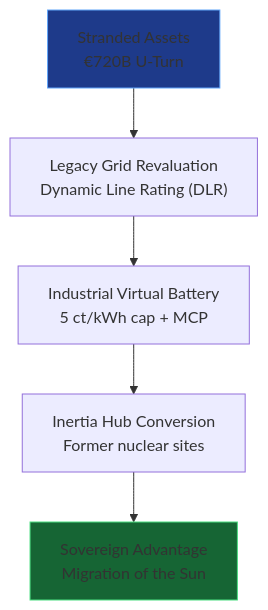
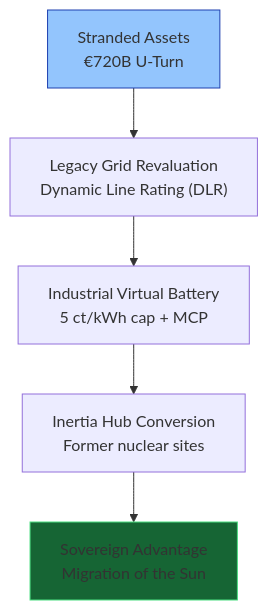
The second of 3 diagrams in README.md (iceccarelli/Renewables_Migration_Chapter2_Proof_Engine), drawn with Mermaid before and after one commit. The commit also changed other lines of this file, not shown here.

````diff
--- a/README.md
+++ b/README.md
@@ -61,9 +58,9 @@
 ```mermaid
 flowchart TD
     A[Stranded Assets\n€720B U-Turn] --> B["Legacy Grid Revaluation\nDynamic Line Rating (DLR)"]
     B --> C["Industrial Virtual Battery\n5 ct/kWh cap + MCP"]
     C --> D["Inertia Hub Conversion\nFormer nuclear sites"]
     D --> E["Sovereign Advantage\nMigration of the Sun"]
-    style A fill:#1e3a8a,stroke:#60a5fa
+    style A fill:#93c5fd,stroke:#1e40af
     style E fill:#166534,stroke:#4ade80
 ```
````
